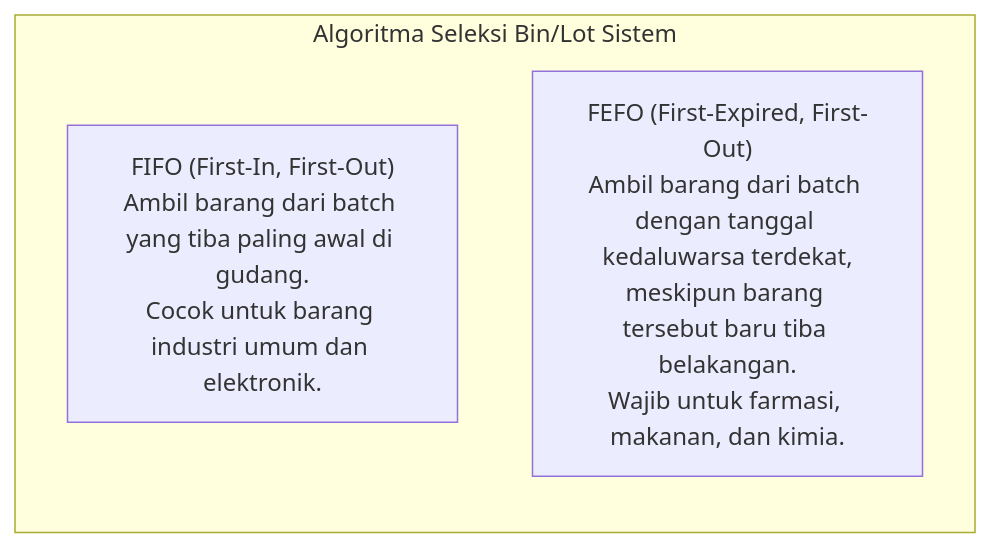
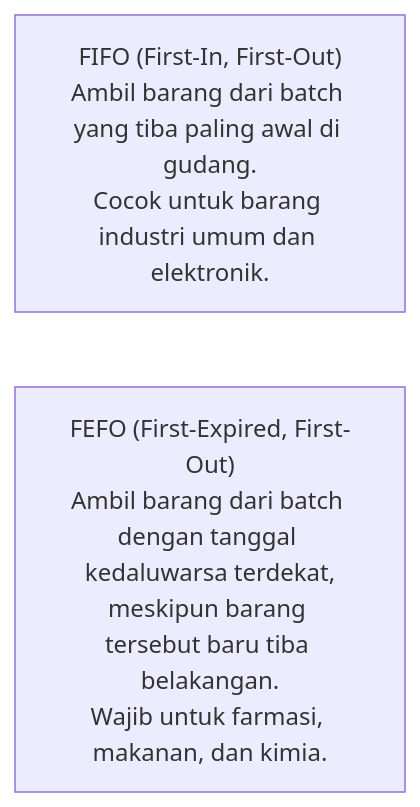
The second of 3 diagrams in content/05-inventory/inventory-picking-and-delivery.md (alimurrofid/erp-notes), drawn with Mermaid before and after one commit. The commit also changed 58 other files, not shown here.

Commit message:
fix(content):Mermaid Subgraph

````diff
--- a/content/05-inventory/inventory-picking-and-delivery.md
+++ b/content/05-inventory/inventory-picking-and-delivery.md
@@ -62,7 +62,5 @@
 ```mermaid
 flowchart LR
-    subgraph PickingLogic["Algoritma Seleksi Bin/Lot Sistem"]
         FIFO["FIFO (First-In, First-Out)<br/>Ambil barang dari batch yang tiba paling awal di gudang.<br/>Cocok untuk barang industri umum dan elektronik."]
         FEFO["FEFO (First-Expired, First-Out)<br/>Ambil barang dari batch dengan tanggal kedaluwarsa terdekat,<br/>meskipun barang tersebut baru tiba belakangan.<br/>Wajib untuk farmasi, makanan, dan kimia."]
-    end
 ```
````
